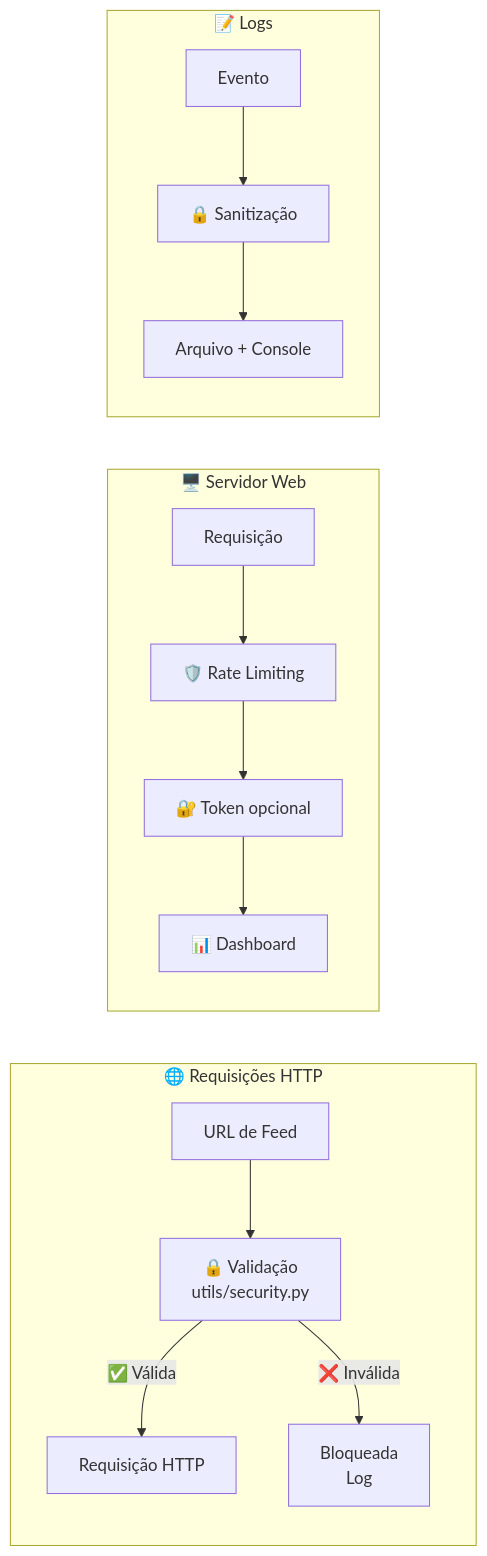
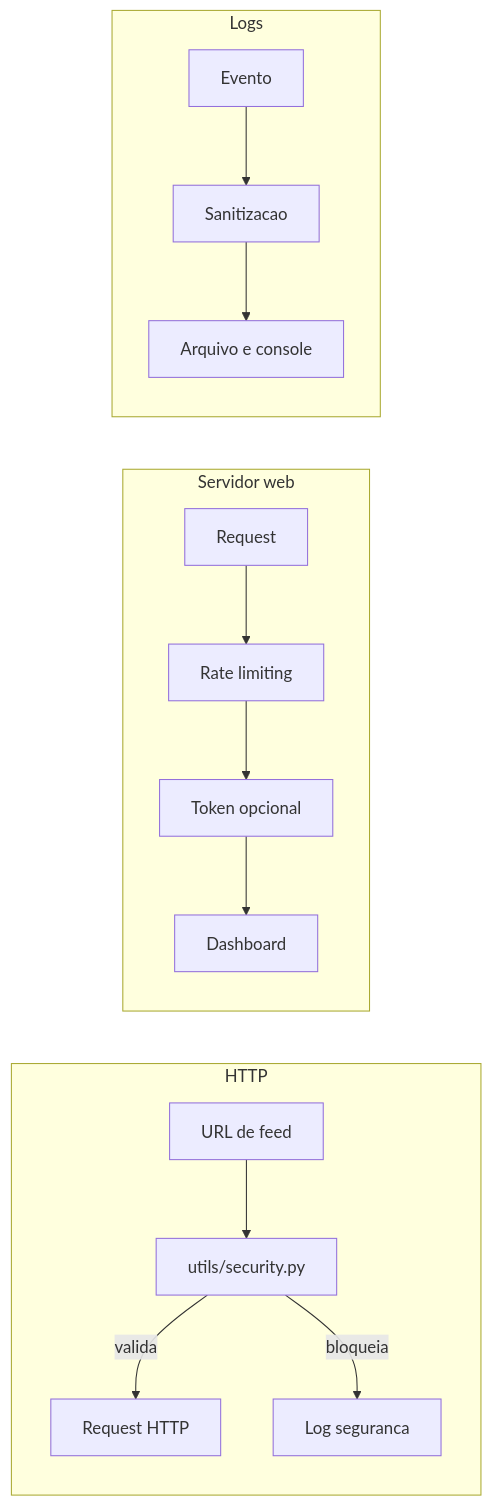
One commit to carmipa/gundam-news-discord changed the third of 5 diagrams in docs/ARCHITECTURE.md. Above: the diagram before and after it, drawn with Mermaid. The commit also changed other lines of this file and 1 other file, not shown here.

Commit message:
docs: Move architecture documentation to a dedicated file and improve README diagrams for GitHub rendering.

````diff
--- a/docs/ARCHITECTURE.md
+++ b/docs/ARCHITECTURE.md
@@ -132,19 +132,19 @@
 ```mermaid
 flowchart LR
-    subgraph HTTP["🌐 Requisições HTTP"]
-        A["URL de Feed"] --> B["🔒 Validação<br/>utils/security.py"]
-        B -->|"✅ Válida"| C["Requisição HTTP"]
-        B -->|"❌ Inválida"| D["Bloqueada<br/>Log"]
+    subgraph HTTP["HTTP"]
+        A["URL de feed"] --> B["utils/security.py"]
+        B -->|valida| C["Request HTTP"]
+        B -->|bloqueia| D["Log seguranca"]
     end
 
-    subgraph Web["🖥️ Servidor Web"]
-        E["Requisição"] --> F["🛡️ Rate Limiting"]
-        F --> G["🔐 Token opcional"]
-        G --> H["📊 Dashboard"]
+    subgraph Web["Servidor web"]
+        E["Request"] --> F["Rate limiting"]
+        F --> G["Token opcional"]
+        G --> H["Dashboard"]
     end
 
-    subgraph Logs["📝 Logs"]
-        I["Evento"] --> J["🔒 Sanitização"]
-        J --> K["Arquivo + Console"]
+    subgraph Logs["Logs"]
+        I["Evento"] --> J["Sanitizacao"]
+        J --> K["Arquivo e console"]
     end
 ```
````
